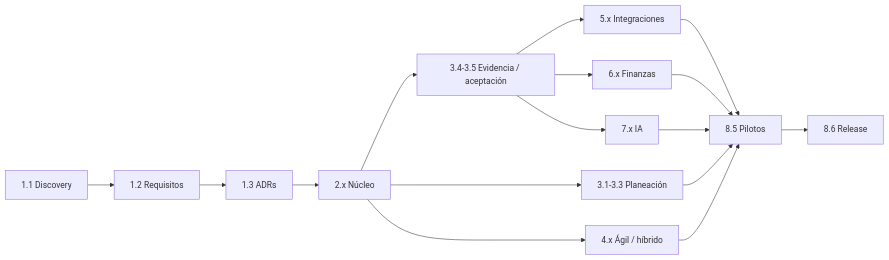
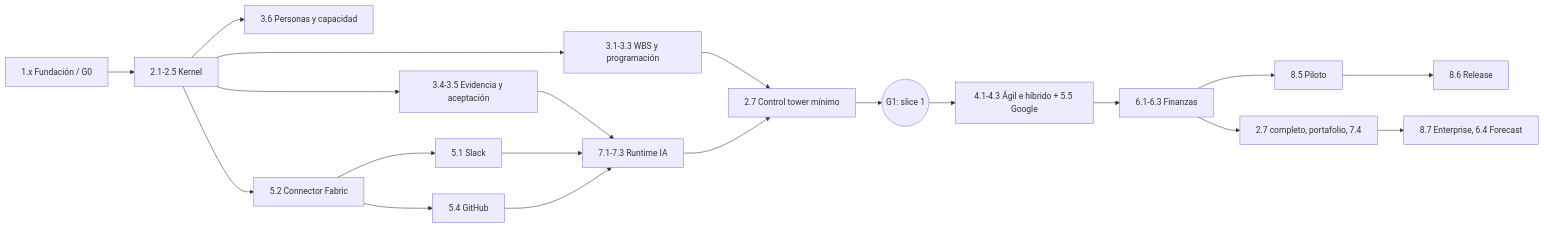
Before and after one commit to Abraham2106/alaira-planner: the diagram in docs/planning/WBS.md, drawn with Mermaid. The commit also changed other lines of this file and 47 other files, not shown here.

````diff
--- a/docs/planning/WBS.md
+++ b/docs/planning/WBS.md
@@ -79,18 +104,22 @@
 ```mermaid
 flowchart LR
- A["1.1 Discovery"] --> B["1.2 Requisitos"]
- B --> C["1.3 ADRs"]
- C --> D["2.x Núcleo"]
- D --> E["3.4-3.5 Evidencia / aceptación"]
- D --> F["3.1-3.3 Planeación"]
- D --> G["4.x Ágil / híbrido"]
- E --> H["5.x Integraciones"]
- E --> I["6.x Finanzas"]
- E --> J["7.x IA"]
- H --> K["8.5 Pilotos"]
- F --> K
- G --> K
- I --> K
- J --> K
- K --> L["8.6 Release"]
+ A["1.x Fundación / G0"] --> K["2.1-2.5 Kernel"]
+ K --> P["3.1-3.3 WBS y programación"]
+ K --> E["3.4-3.5 Evidencia y aceptación"]
+ K --> R["3.6 Personas y capacidad"]
+ K --> C["5.2 Connector Fabric"]
+ C --> S["5.1 Slack"]
+ C --> G["5.4 GitHub"]
+ E --> AI["7.1-7.3 Runtime IA"]
+ S --> AI
+ G --> AI
+ P --> T["2.7 Control tower mínimo"]
+ AI --> T
+ T --> M1(("G1: slice 1"))
+ M1 --> AG["4.1-4.3 Ágil e híbrido + 5.5 Google"]
+ AG --> F["6.1-6.3 Finanzas"]
+ F --> PI["8.5 Piloto"]
+ PI --> REL["8.6 Release"]
+ F --> CT["2.7 completo, portafolio, 7.4"]
+ CT --> ENT["8.7 Enterprise, 6.4 Forecast"]
 ```
````
